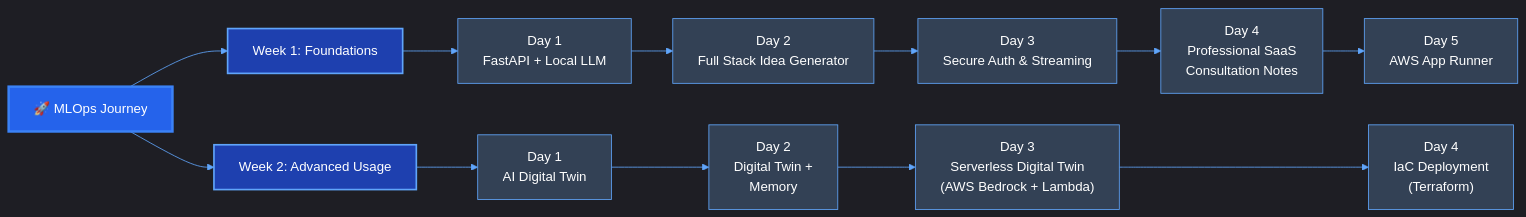
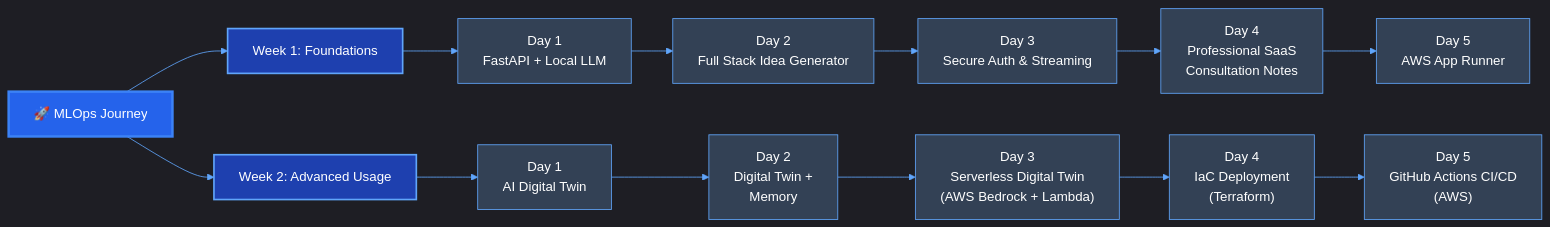
One commit to baloglu321/mlops-journey changed the first of 2 diagrams in README.md. Above: the diagram before and after it, drawn with Mermaid. The commit also changed other lines of this file and 7 other files, not shown here.

````diff
--- a/README.md
+++ b/README.md
@@ -23,28 +23,30 @@
 ```mermaid
 %%{init: {'theme': 'dark', 'themeVariables': { 'primaryColor': '#2563eb', 'primaryTextColor': '#fff', 'primaryBorderColor': '#3b82f6', 'lineColor': '#60a5fa', 'secondaryColor': '#1e40af', 'tertiaryColor': '#1e3a8a'}}}%%
 graph LR
     A[🚀 MLOps Journey] --> B[Week 1: Foundations]
     B --> C[Day 1<br/>FastAPI + Local LLM]
     C --> D[Day 2<br/>Full Stack Idea Generator]
     D --> E[Day 3<br/>Secure Auth & Streaming]
     E --> F[Day 4<br/>Professional SaaS<br/>Consultation Notes]
     F --> G[Day 5<br/>AWS App Runner]
     A --> H[Week 2: Advanced Usage]
     H --> I[Day 1<br/>AI Digital Twin]
     I --> J[Day 2<br/>Digital Twin +<br/>Memory]
     J --> K["Day 3<br/>Serverless Digital Twin<br/>(AWS Bedrock + Lambda)"]
-    K ---> L["Day 4<br/>IaC Deployment<br/>(Terraform)"]
+    K --> L["Day 4<br/>IaC Deployment<br/>(Terraform)"]
+    L --> M["Day 5<br/>GitHub Actions CI/CD<br/>(AWS)"]
     
     style A fill:#2563eb,stroke:#3b82f6,stroke-width:3px,color:#fff
     style B fill:#1e40af,stroke:#60a5fa,stroke-width:2px,color:#fff
     style C fill:#334155,stroke:#60a5fa,color:#fff
     style D fill:#334155,stroke:#60a5fa,color:#fff
     style E fill:#334155,stroke:#60a5fa,color:#fff
     style F fill:#334155,stroke:#60a5fa,color:#fff
     style G fill:#334155,stroke:#60a5fa,color:#fff
     style H fill:#1e40af,stroke:#60a5fa,stroke-width:2px,color:#fff
     style I fill:#334155,stroke:#60a5fa,color:#fff
     style J fill:#334155,stroke:#60a5fa,color:#fff
     style K fill:#334155,stroke:#60a5fa,color:#fff
     style L fill:#334155,stroke:#60a5fa,color:#fff
+    style M fill:#334155,stroke:#60a5fa,color:#fff
 ```
````
